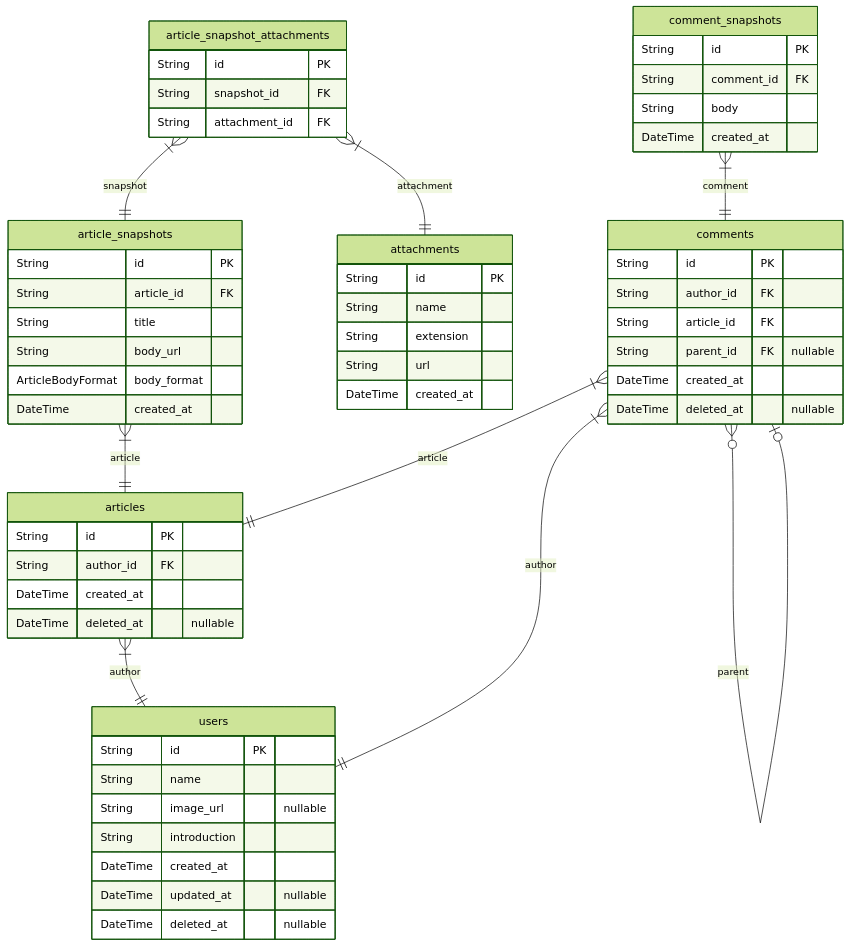
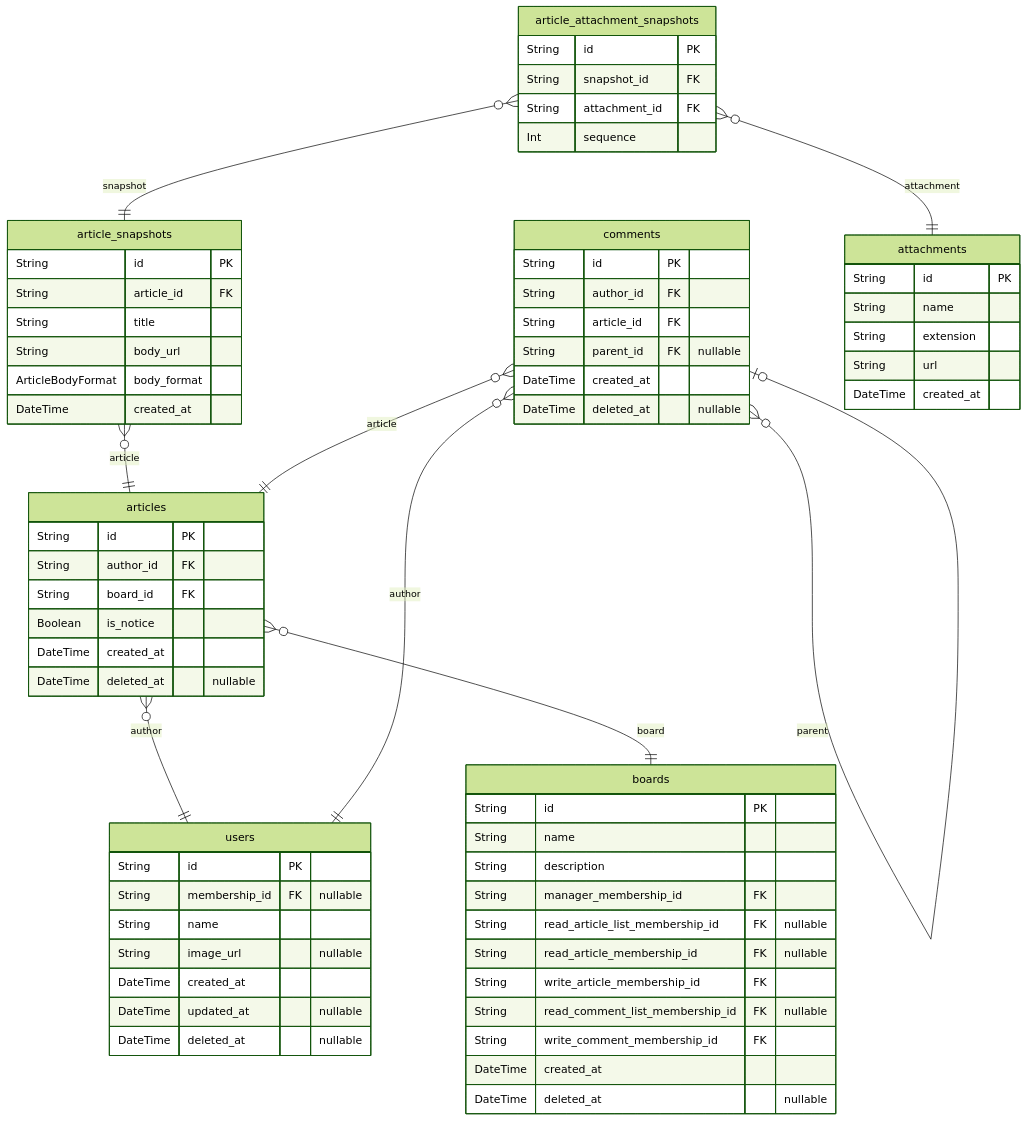
The fourth of 5 diagrams in ERD.md (rojiwon123/bbs), drawn with Mermaid (forest theme) before and after one commit. The commit also changed other lines of this file and 101 other files, not shown here.

````diff
--- a/ERD.md
+++ b/ERD.md
@@ -10,60 +690,70 @@
 ```mermaid
 erDiagram
-articles {
+"articles" {
     String id PK
     String author_id FK
+    String board_id FK
+    Boolean is_notice
     DateTime created_at
     DateTime deleted_at "nullable"
 }
-article_snapshots {
+"article_snapshots" {
     String id PK
     String article_id FK
     String title
     String body_url
     ArticleBodyFormat body_format
     DateTime created_at
 }
-article_snapshot_attachments {
+"article_attachment_snapshots" {
     String id PK
     String snapshot_id FK
     String attachment_id FK
+    Int sequence
 }
-attachments {
+"boards" {
     String id PK
     String name
-    String extension
-    String url
+    String description
+    String manager_membership_id FK
+    String read_article_list_membership_id FK "nullable"
+    String read_article_membership_id FK "nullable"
+    String write_article_membership_id FK
+    String read_comment_list_membership_id FK "nullable"
+    String write_comment_membership_id FK
     DateTime created_at
+    DateTime deleted_at "nullable"
 }
-comments {
+"comments" {
     String id PK
     String author_id FK
     String article_id FK
     String parent_id FK "nullable"
     DateTime created_at
     DateTime deleted_at "nullable"
 }
-comment_snapshots {
+"attachments" {
     String id PK
-    String comment_id FK
-    String body
+    String name
+    String extension
+    String url
     DateTime created_at
 }
-users {
+"users" {
     String id PK
+    String membership_id FK "nullable"
     String name
     String image_url "nullable"
-    String introduction
     DateTime created_at
     DateTime updated_at "nullable"
     DateTime deleted_at "nullable"
 }
-articles }|--|| users : author
-article_snapshots }|--|| articles : article
-article_snapshot_attachments }|--|| article_snapshots : snapshot
-article_snapshot_attachments }|--|| attachments : attachment
-comments }|--|| users : author
-comments }|--|| articles : article
-comments }o--o| comments : parent
-comment_snapshots }|--|| comments : comment
+"articles" }o--|| "users" : author
+"articles" }o--|| "boards" : board
+"article_snapshots" }o--|| "articles" : article
+"article_attachment_snapshots" }o--|| "article_snapshots" : snapshot
+"article_attachment_snapshots" }o--|| "attachments" : attachment
+"comments" }o--|| "users" : author
+"comments" }o--|| "articles" : article
+"comments" }o--o| "comments" : parent
 ```
````
